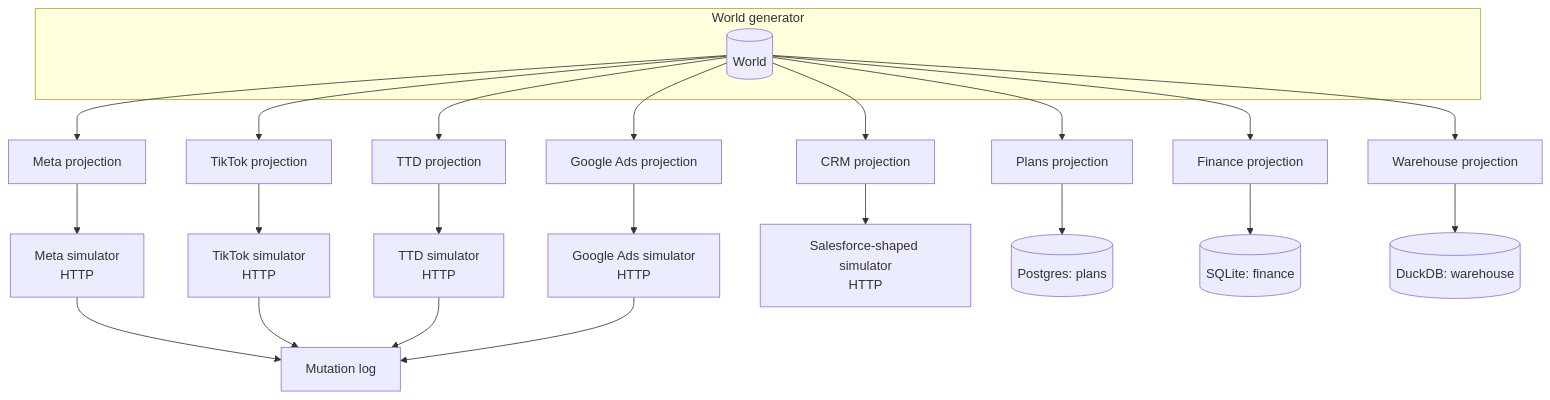
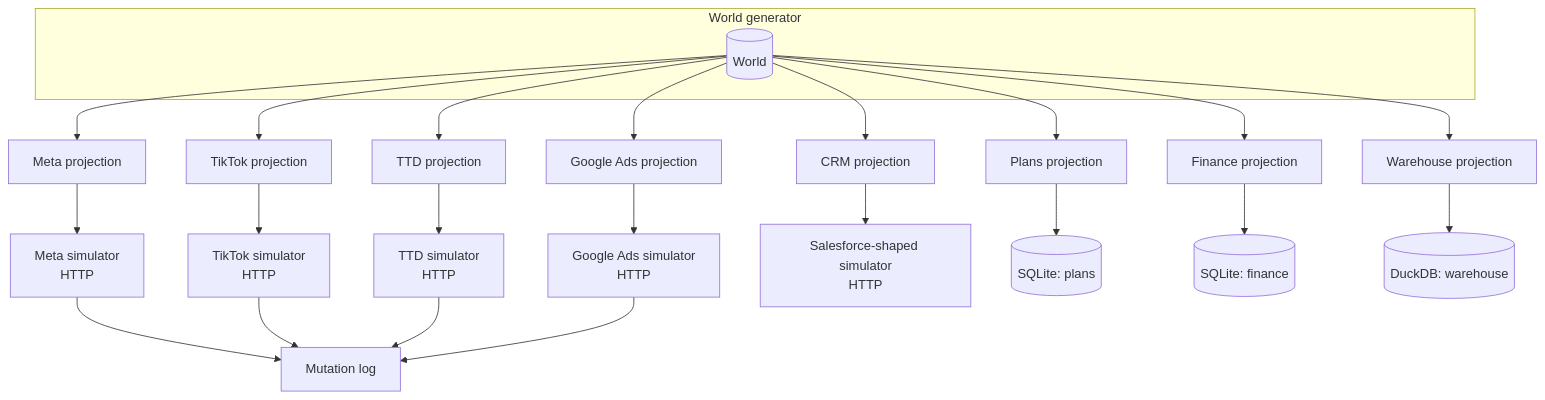
One commit to relatehq/relate changed the second of 4 diagrams in specs/2026-10-23-media-agency-benchmark.md. Above: the diagram before and after it, drawn with Mermaid. The commit also changed other lines of this file, not shown here.

Commit message:
docs: use sqlite for media agency benchmark plans

````diff
--- a/specs/2026-10-23-media-agency-benchmark.md
+++ b/specs/2026-10-23-media-agency-benchmark.md
@@ -225,15 +225,15 @@
 ```mermaid
 flowchart TB
   subgraph Gen[World generator]
     W[(World)]
   end
   W --> PMeta[Meta projection] --> SMeta[Meta simulator<br/>HTTP]
   W --> PTik[TikTok projection] --> STik[TikTok simulator<br/>HTTP]
   W --> PTtd[TTD projection] --> STtd[TTD simulator<br/>HTTP]
   W --> PGa[Google Ads projection] --> SGa[Google Ads simulator<br/>HTTP]
   W --> PCrm[CRM projection] --> SCrm[Salesforce-shaped simulator<br/>HTTP]
-  W --> PPlan[Plans projection] --> DPlan[(Postgres: plans)]
+  W --> PPlan[Plans projection] --> DPlan[(SQLite: plans)]
   W --> PFin[Finance projection] --> DFin[(SQLite: finance)]
   W --> PWh[Warehouse projection] --> DWh[(DuckDB: warehouse)]
   SMeta & STik & STtd & SGa --> ML[Mutation log]
 ```
````
